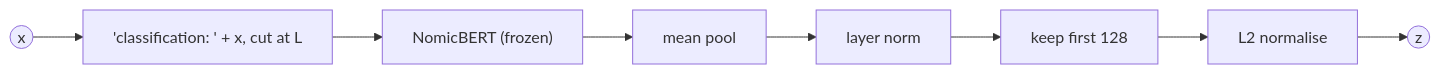
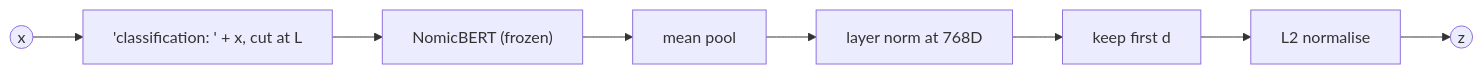
Before and after one commit to kestelnadomu/latent_intervention: the second of 3 diagrams in docs/architecture/text_encoder.md, drawn with Mermaid. The commit also changed other lines of this file and 4 other files, not shown here.

````diff
--- a/docs/architecture/text_encoder.md
+++ b/docs/architecture/text_encoder.md
@@ -129,5 +156,5 @@
 ```mermaid
 flowchart LR
   x((x)) --> pre["'classification: ' + x, cut at L"] --> N["NomicBERT (frozen)"]
-  N --> p[mean pool] --> ln[layer norm] --> tr["keep first 128"] --> l2[L2 normalise] --> z((z))
+  N --> p[mean pool] --> ln[layer norm at 768D] --> tr["keep first d"] --> l2[L2 normalise] --> z((z))
 ```
````
